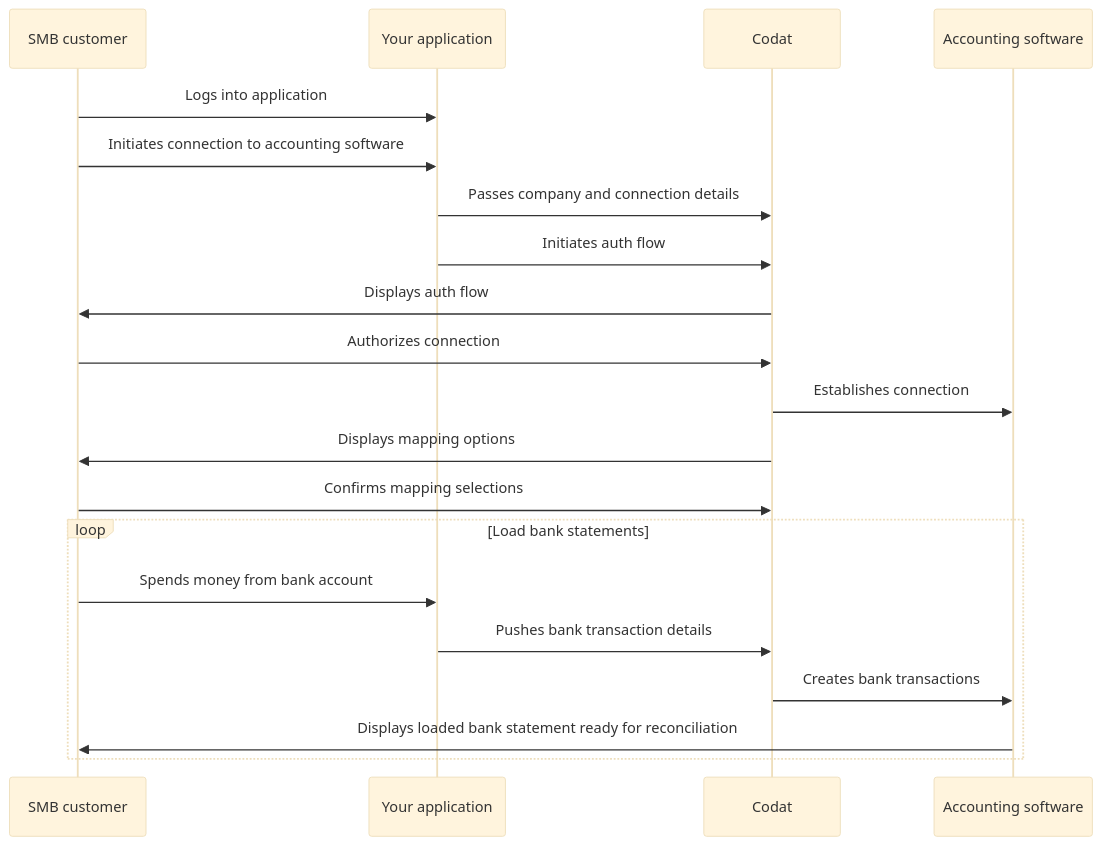
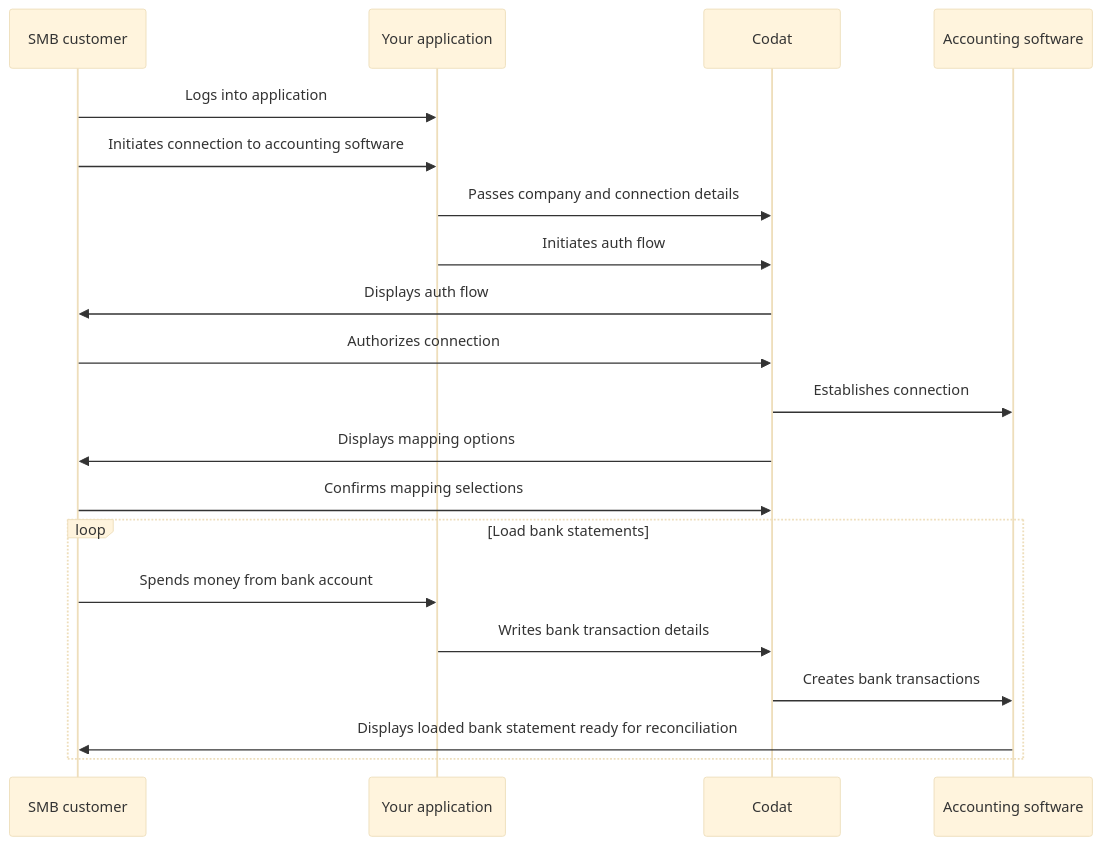
Before and after one commit to codatio/codat-docs: the diagram in docs/bank-feeds/setup.md, drawn with Mermaid (base theme). The commit also changed other lines of this file and 184 other files, not shown here.

````diff
--- a/docs/bank-feeds/setup.md
+++ b/docs/bank-feeds/setup.md
@@ -19,28 +19,28 @@
 ```mermaid
 
 sequenceDiagram
     participant smb as SMB customer
     participant app as Your application 
     participant codat as Codat
     participant acctg as Accounting software
     
     smb ->> app: Logs into application
     smb ->> app: Initiates connection to accounting software
 
     app ->> codat: Passes company and connection details
     app ->> codat: Initiates auth flow
     codat ->> smb: Displays auth flow
     smb ->> codat: Authorizes connection
     codat ->> acctg: Establishes connection
     
     codat ->> smb: Displays mapping options
     smb ->> codat: Confirms mapping selections
     
     loop Load bank statements
         smb ->> app: Spends money from bank account
-        app ->> codat: Pushes bank transaction details
+        app ->> codat: Writes bank transaction details
         codat ->> acctg: Creates bank transactions
         acctg ->> smb: Displays loaded bank statement ready for reconciliation
     end
 
 ```
````
